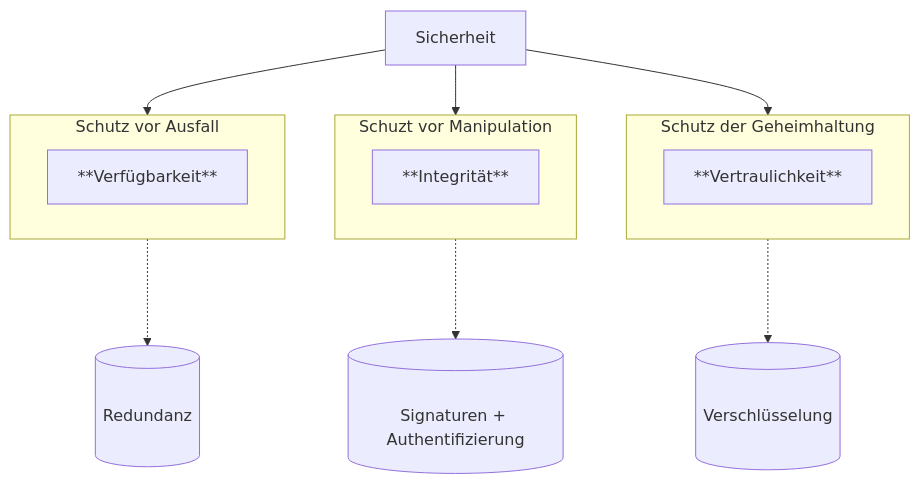
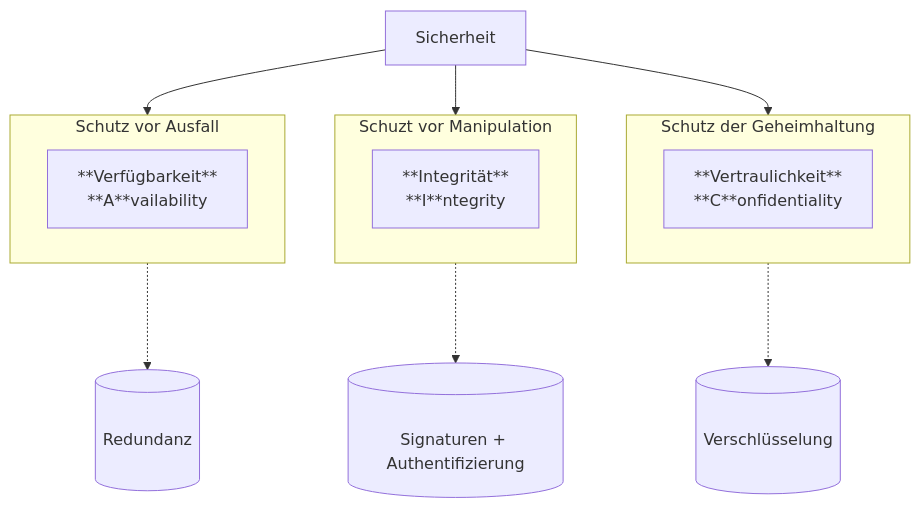
The second of 3 diagrams in src/datensicherheit.md (johannesloetzsch/LF4), drawn with Mermaid before and after one commit. The commit also changed other lines of this file and 6 other files, not shown here.

````diff
--- a/src/datensicherheit.md
+++ b/src/datensicherheit.md
@@ -28,15 +30,15 @@
 ```mermaid
 flowchart TB
-  subgraph Verfügbarkeit[Schutz vor Ausfall]
-    **Verfügbarkeit**
+  subgraph Vertraulichkeit[Schutz der Geheimhaltung]
+    c[**Vertraulichkeit**<br/>**C**onfidentiality]
   end
   subgraph Integrität[Schuzt vor Manipulation]
-    **Integrität**
+    i[**Integrität**<br/>**I**ntegrity]
   end
-  subgraph Vertraulichkeit[Schutz der Geheimhaltung]
-    **Vertraulichkeit**
+  subgraph Verfügbarkeit[Schutz vor Ausfall]
+    a[**Verfügbarkeit**<br/>**A**vailability]
   end
   Sicherheit --> Verfügbarkeit -..-> r[(&nbsp;<br>Redundanz<br>&nbsp;)]
   Sicherheit --> Integrität -..-> s[(&nbsp;<br>Signaturen + Authentifizierung)]
   Sicherheit --> Vertraulichkeit -..-> v[(&nbsp;<br>Verschlüsselung<br>&nbsp;)]
 ```
````
